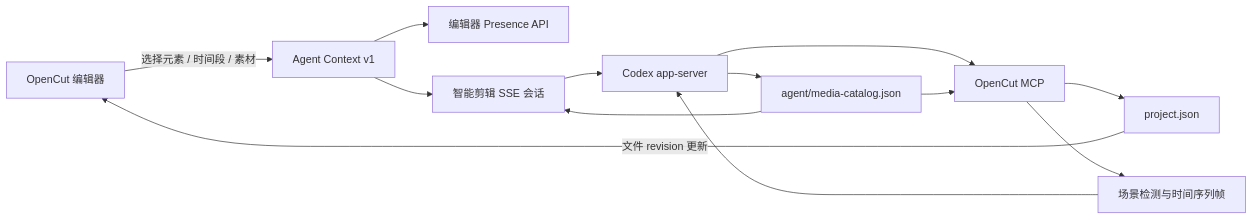
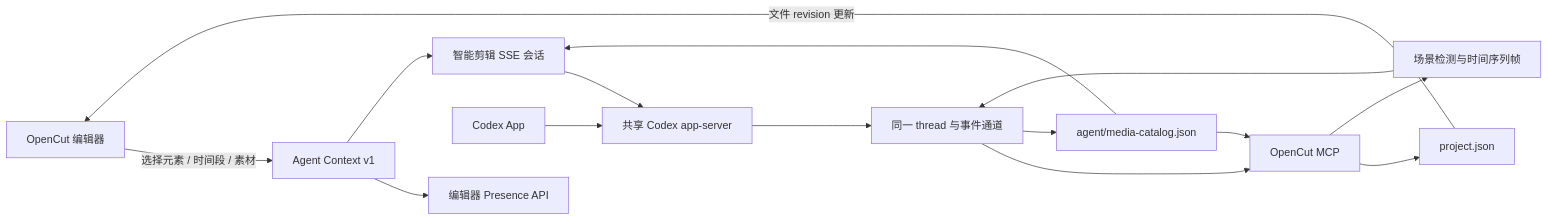
The diagram in docs/agent-smart-edit.md (zvv1999/moirai-cut), drawn with Mermaid before and after one commit. The commit also changed other lines of this file and 5 other files, not shown here.

Commit message:
fix: share one Codex app-server host

````diff
--- a/docs/agent-smart-edit.md
+++ b/docs/agent-smart-edit.md
@@ -9,15 +9,17 @@
 ```mermaid
 flowchart LR
   UI["OpenCut 编辑器"] -->|"选择元素 / 时间段 / 素材"| Context["Agent Context v1"]
   Context --> Presence["编辑器 Presence API"]
   Context --> Chat["智能剪辑 SSE 会话"]
-  Chat --> Codex["Codex app-server"]
+  Chat --> Host["共享 Codex app-server"]
+  App["Codex App"] --> Host
+  Host --> Codex["同一 thread 与事件通道"]
   Codex --> MCP["OpenCut MCP"]
   MCP --> Project["project.json"]
   Project -->|"文件 revision 更新"| UI
   MCP --> Frames["场景检测与时间序列帧"]
   Frames --> Codex
   Codex --> Catalog["agent/media-catalog.json"]
   Catalog --> Chat
   Catalog --> MCP
 ```
````
